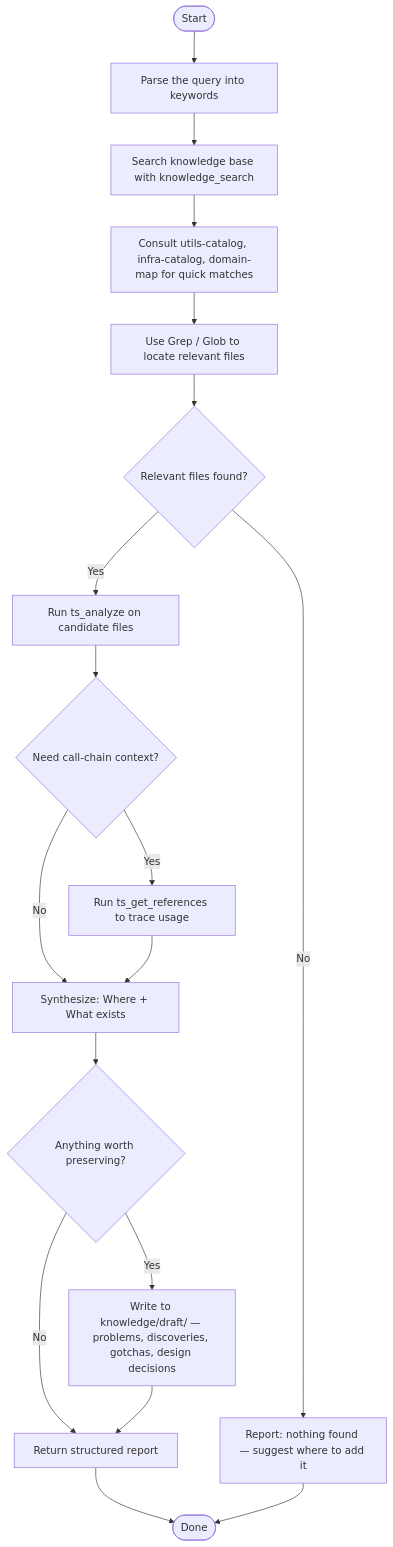
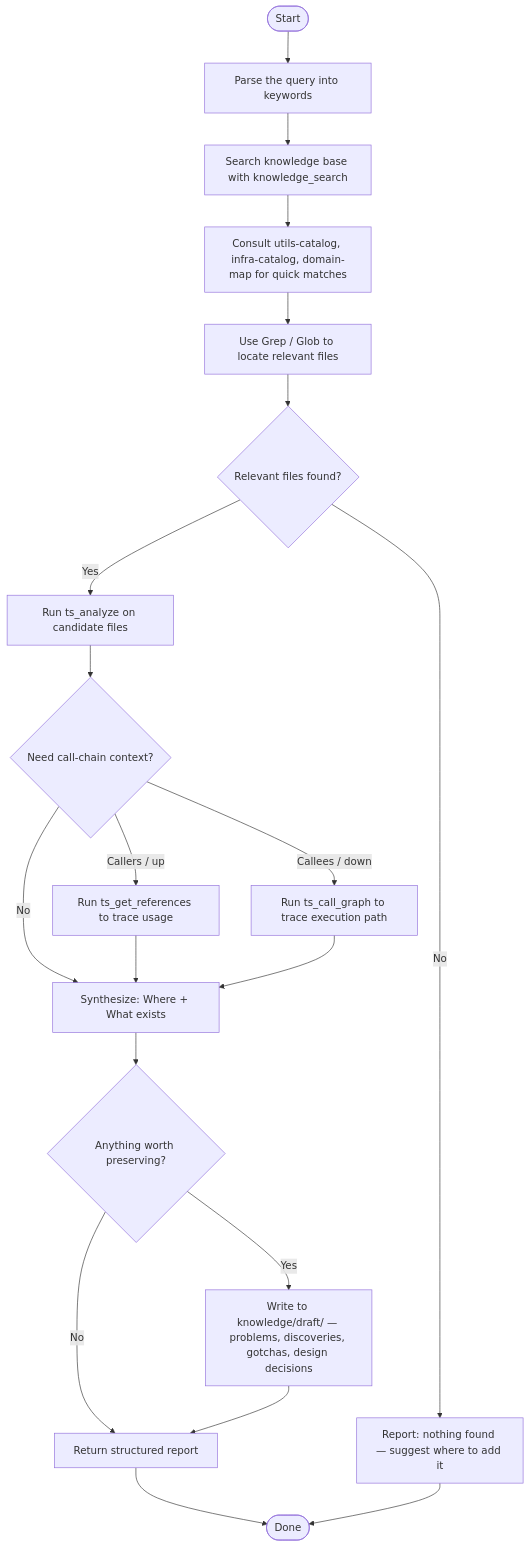
One commit to s-age/perclst changed the diagram in procedures/code-base-survey/survey.md. Above: the diagram before and after it, drawn with Mermaid. The commit also changed 15 other files, not shown here.

````diff
--- a/procedures/code-base-survey/survey.md
+++ b/procedures/code-base-survey/survey.md
@@ -7,20 +7,22 @@
 ```mermaid
 flowchart TD
     Start([Start]) --> ReadQuery[Parse the query into keywords]
     ReadQuery --> RetrieveKnowledge[Search knowledge base with knowledge_search]
     RetrieveKnowledge --> ConsultCatalogs[Consult utils-catalog, infra-catalog, domain-map for quick matches]
     ConsultCatalogs --> GrepGlob[Use Grep / Glob to locate relevant files]
     GrepGlob --> AnyFiles{Relevant files found?}
     AnyFiles -- No --> ReportNotFound[Report: nothing found — suggest where to add it]
     AnyFiles -- Yes --> DeepDive[Run ts_analyze on candidate files]
     DeepDive --> NeedRefs{Need call-chain context?}
-    NeedRefs -- Yes --> GetRefs[Run ts_get_references to trace usage]
+    NeedRefs -- Callers / up --> GetRefs[Run ts_get_references to trace usage]
+    NeedRefs -- Callees / down --> GetCallGraph[Run ts_call_graph to trace execution path]
     NeedRefs -- No --> Synthesize
     GetRefs --> Synthesize[Synthesize: Where + What exists]
+    GetCallGraph --> Synthesize
     Synthesize --> CaptureKnowledge{Anything worth preserving?}
     CaptureKnowledge -- Yes --> WriteKnowledge[Write to knowledge/draft/ — problems, discoveries, gotchas, design decisions]
     CaptureKnowledge -- No --> Report
     WriteKnowledge --> Report[Return structured report]
     Report --> Done([Done])
     ReportNotFound --> Done
 ```
````
